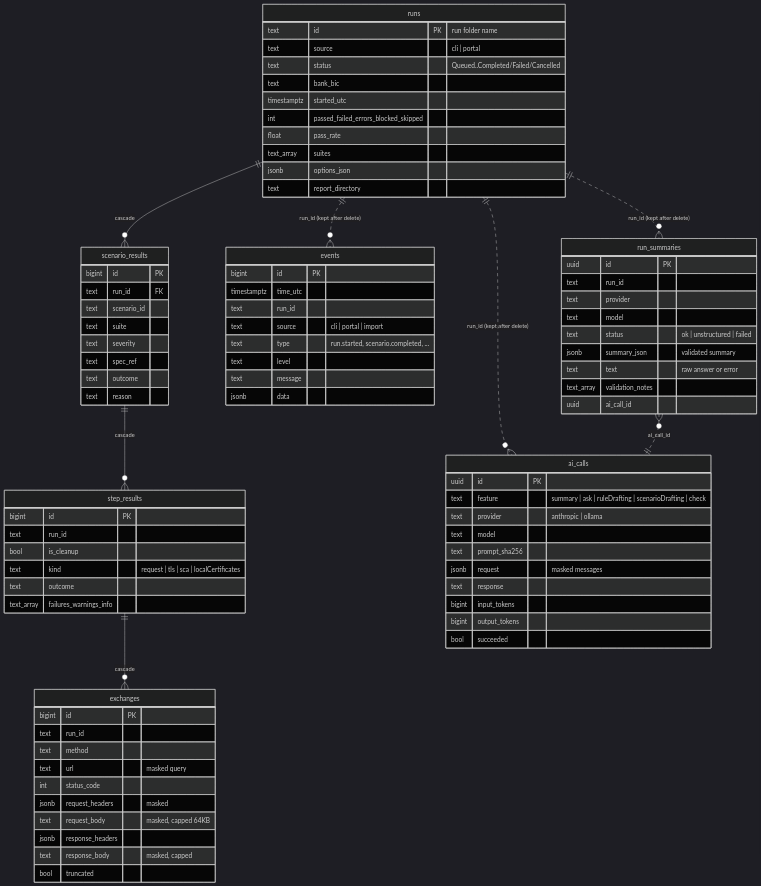
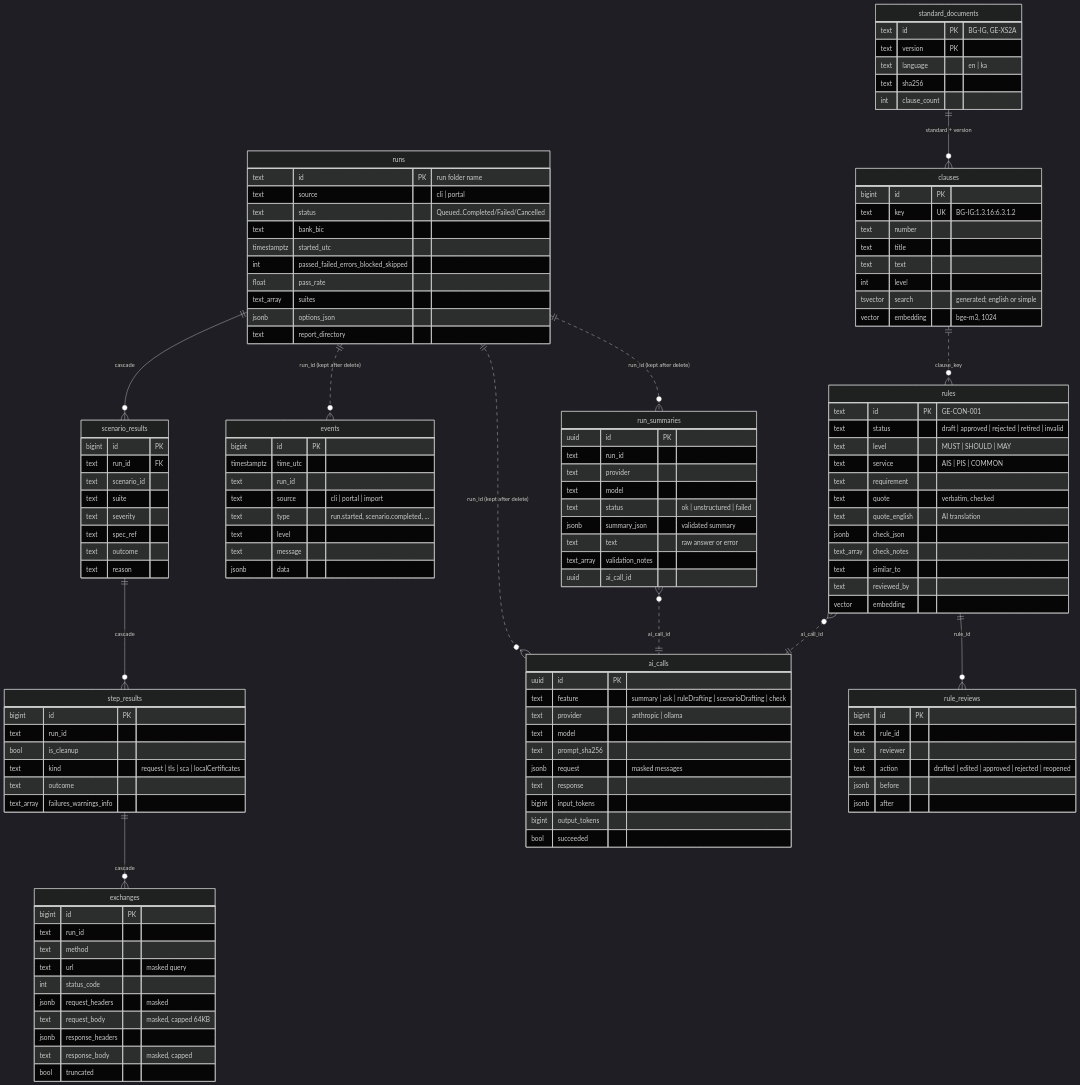
One commit to levan-petrosiani/Aurasoft-Monitoring changed the fifth of 6 diagrams in ARCHITECTURE.md. Above: the diagram before and after it, drawn with Mermaid (dark theme). The commit also changed other lines of this file and 52 other files, not shown here.

```diff
--- a/ARCHITECTURE.md
+++ b/ARCHITECTURE.md
@@ -127,6 +152,10 @@
     runs ||..o{ ai_calls : "run_id (kept after delete)"
     runs ||..o{ run_summaries : "run_id (kept after delete)"
     run_summaries }o..|| ai_calls : "ai_call_id"
+    standard_documents ||--o{ clauses : "standard + version"
+    clauses ||..o{ rules : "clause_key"
+    rules ||--o{ rule_reviews : "rule_id"
+    rules }o..|| ai_calls : "ai_call_id"
 
     runs {
         text id PK "run folder name"
@@ -191,6 +220,45 @@
         text_array validation_notes
         uuid ai_call_id
     }
+    standard_documents {
+        text id PK "BG-IG, GE-XS2A"
+        text version PK
+        text language "en | ka"
+        text sha256
+        int clause_count
+    }
+    clauses {
+        bigint id PK
+        text key UK "BG-IG:1.3.16:6.3.1.2"
+        text number
+        text title
+        text text
+        int level
+        tsvector search "generated; english or simple"
+        vector embedding "bge-m3, 1024"
+    }
+    rules {
+        text id PK "GE-CON-001"
+        text status "draft | approved | rejected | retired | invalid"
+        text level "MUST | SHOULD | MAY"
+        text service "AIS | PIS | COMMON"
+        text requirement
+        text quote "verbatim, checked"
+        text quote_english "AI translation"
+        jsonb check_json
+        text_array check_notes
+        text similar_to
+        text reviewed_by
+        vector embedding
+    }
+    rule_reviews {
+        bigint id PK
+        text rule_id
+        text reviewer
+        text action "drafted | edited | approved | rejected | reopened"
+        jsonb before
+        jsonb after
+    }
     ai_calls {
         uuid id PK
         text feature "summary | ask | ruleDrafting | scenarioDrafting | check"
```
